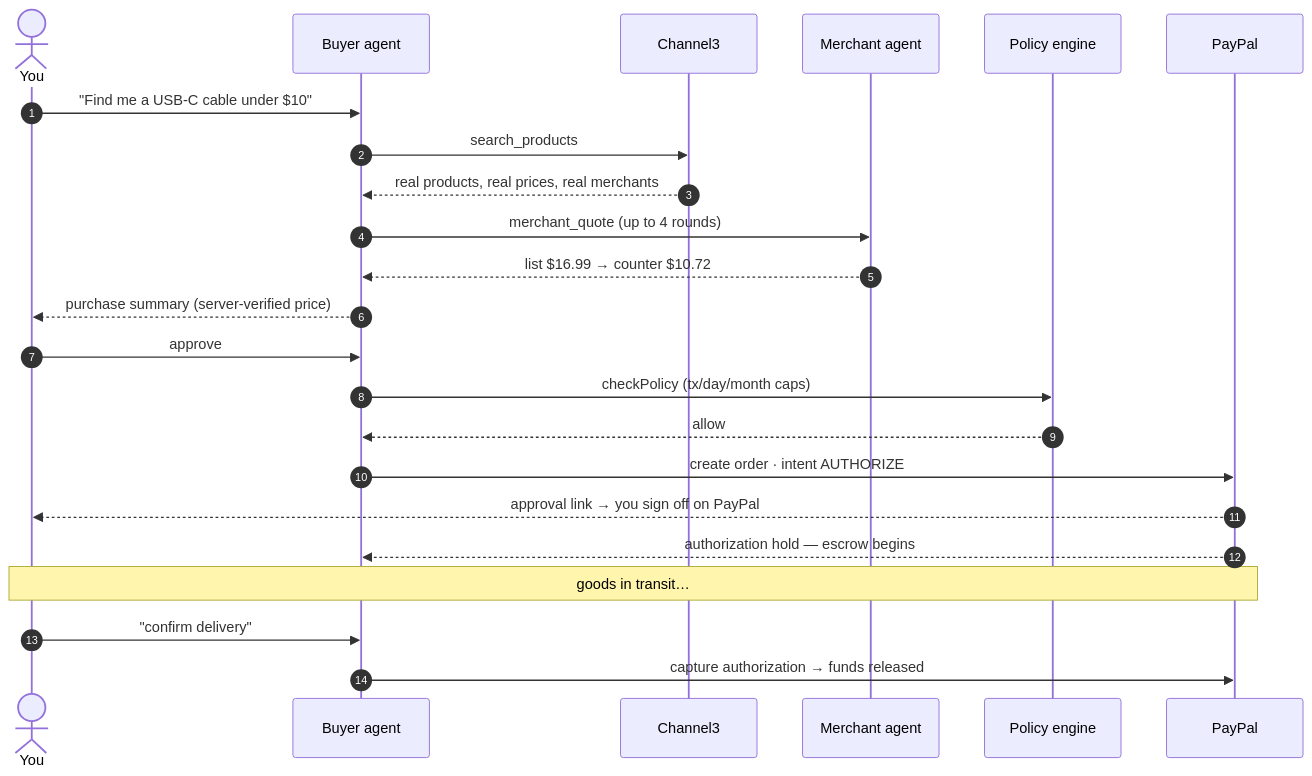
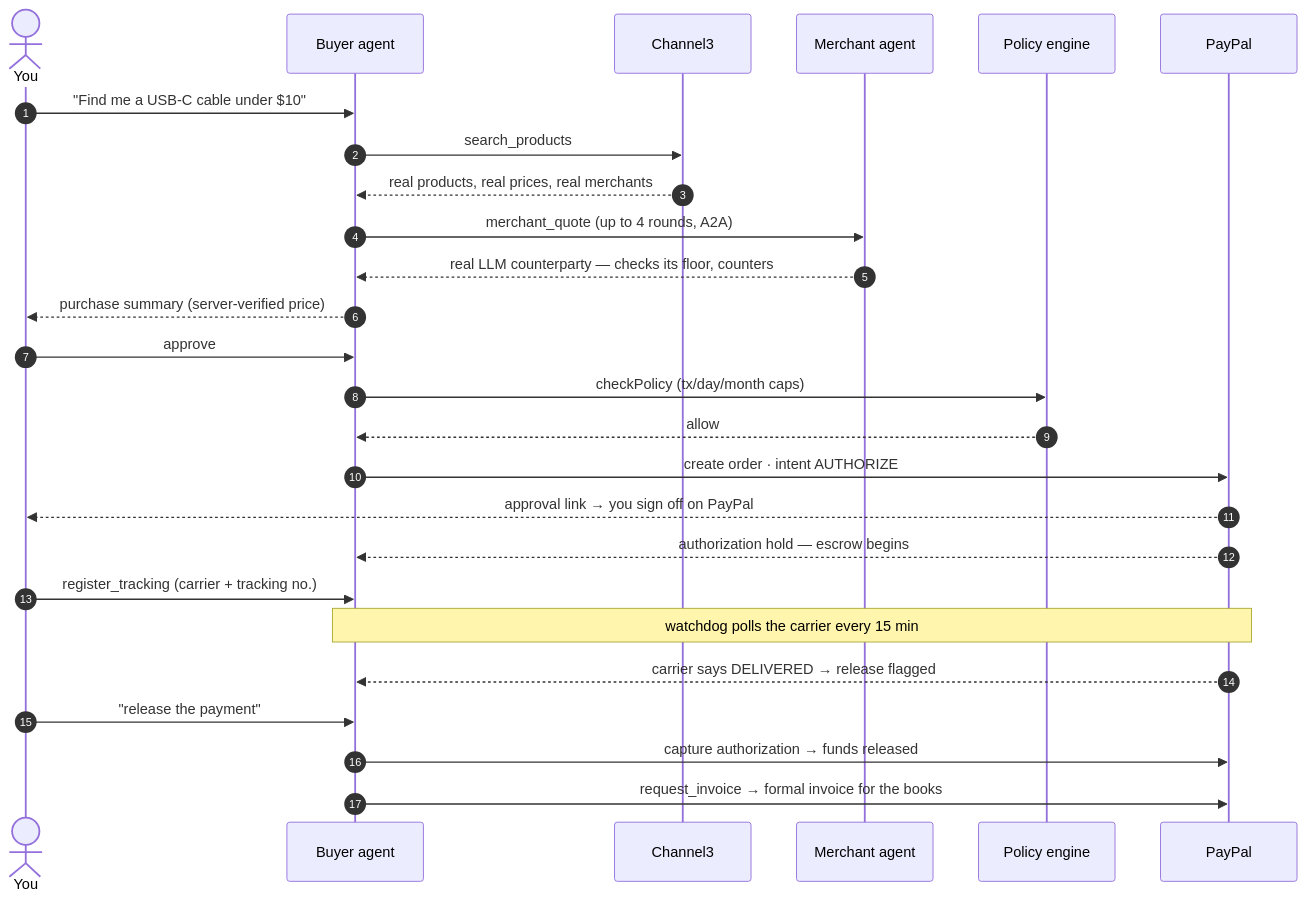
One commit to HCHAPS404/PARLEY changed the first of 3 diagrams in README.md. Above: the diagram before and after it, drawn with Mermaid. The commit also changed other lines of this file, not shown here.

Commit message:
docs: README reflects shipped differentiators — real A2A merchant, shipment-aware escrow, invoices, reorders, spaces

````diff
--- a/README.md
+++ b/README.md
@@ -57,26 +57,29 @@
 ```mermaid
 sequenceDiagram
     autonumber
     actor You
     participant Agent as Buyer agent
     participant C3 as Channel3
     participant MA as Merchant agent
     participant Policy as Policy engine
     participant PP as PayPal
 
     You->>Agent: "Find me a USB-C cable under $10"
     Agent->>C3: search_products
     C3-->>Agent: real products, real prices, real merchants
-    Agent->>MA: merchant_quote (up to 4 rounds)
-    MA-->>Agent: list $16.99 → counter $10.72
+    Agent->>MA: merchant_quote (up to 4 rounds, A2A)
+    MA-->>Agent: real LLM counterparty — checks its floor, counters
     Agent-->>You: purchase summary (server-verified price)
     You->>Agent: approve
     Agent->>Policy: checkPolicy (tx/day/month caps)
     Policy-->>Agent: allow
     Agent->>PP: create order · intent AUTHORIZE
     PP-->>You: approval link → you sign off on PayPal
     PP-->>Agent: authorization hold — escrow begins
-    Note over You,PP: goods in transit…
-    You->>Agent: "confirm delivery"
+    You->>Agent: register_tracking (carrier + tracking no.)
+    Note over Agent,PP: watchdog polls the carrier every 15 min
+    PP-->>Agent: carrier says DELIVERED → release flagged
+    You->>Agent: "release the payment"
     Agent->>PP: capture authorization → funds released
+    Agent->>PP: request_invoice → formal invoice for the books
 ```
````
